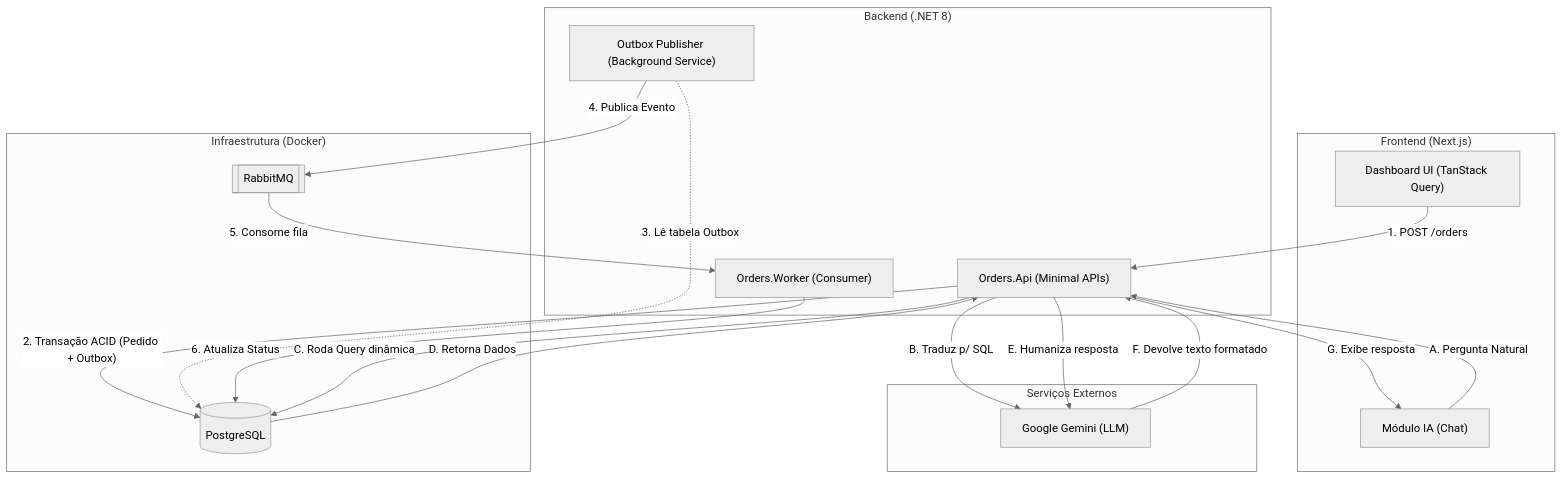
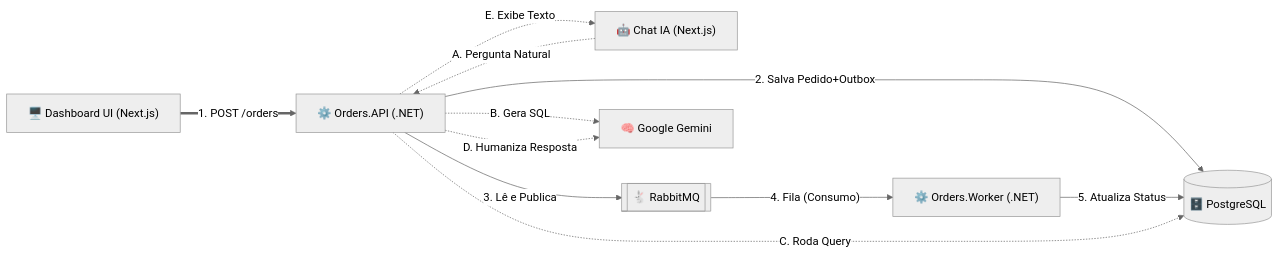
The diagram in README.md (carloseduardooli/sistema-gestao-pedidos), drawn with Mermaid (neutral theme) before and after one commit.

Commit message:
docs: improve architecture diagram layout

````diff
--- a/README.md
+++ b/README.md
@@ -45,39 +45,27 @@
 ```mermaid
-flowchart TD
-  subgraph Frontend ["Frontend (Next.js)"]
-    UI["Dashboard UI (TanStack Query)"]
-    Chat["Módulo IA (Chat)"]
-  end
+flowchart LR
+  %% Componentes
+  UI["🖥️ Dashboard UI (Next.js)"]
+  Chat["🤖 Chat IA (Next.js)"]
+  
+  API["⚙️ Orders.API (.NET)"]
+  Worker["⚙️ Orders.Worker (.NET)"]
+  
+  DB[(🗄️ PostgreSQL)]
+  MQ[[🐇 RabbitMQ]]
+  Gemini["🧠 Google Gemini"]
 
-  subgraph Backend ["Backend (.NET 8)"]
-    API["Orders.Api (Minimal APIs)"]
-    Publisher["Outbox Publisher (Background Service)"]
-    Worker["Orders.Worker (Consumer)"]
-  end
+  %% Fluxo 1: Criação e Processamento (Sólido)
+  UI == "1. POST /orders" ==> API
+  API -- "2. Salva Pedido+Outbox" --> DB
+  API -- "3. Lê e Publica" --> MQ
+  MQ -- "4. Fila (Consumo)" --> Worker
+  Worker -- "5. Atualiza Status" --> DB
 
-  subgraph Infra ["Infraestrutura (Docker)"]
-    DB[(PostgreSQL)]
-    MQ[[RabbitMQ]]
-  end
-  
-  subgraph External ["Serviços Externos"]
-    LLM["Google Gemini (LLM)"]
-  end
-
-  %% Fluxo do Pedido (Outbox Pattern)
-  UI -- "1. POST /orders" --> API
-  API -- "2. Transação ACID (Pedido + Outbox)" --> DB
-  Publisher -. "3. Lê tabela Outbox" .-> DB
-  Publisher -- "4. Publica Evento" --> MQ
-  MQ -- "5. Consome fila" --> Worker
-  Worker -- "6. Atualiza Status" --> DB
-
-  %% Fluxo de Inteligência Artificial
-  Chat -- "A. Pergunta Natural" --> API
-  API -- "B. Traduz p/ SQL" --> LLM
-  API -- "C. Roda Query dinâmica" --> DB
-  DB -- "D. Retorna Dados" --> API
-  API -- "E. Humaniza resposta" --> LLM
-  LLM -- "F. Devolve texto formatado" --> API
-  API -- "G. Exibe resposta" --> Chat
+  %% Fluxo 2: IA Text-to-SQL (Pontilhado)
+  Chat -. "A. Pergunta Natural" .-> API
+  API -. "B. Gera SQL" .-> Gemini
+  API -. "C. Roda Query" .-> DB
+  API -. "D. Humaniza Resposta" .-> Gemini
+  API -. "E. Exibe Texto" .-> Chat
 ```
````
